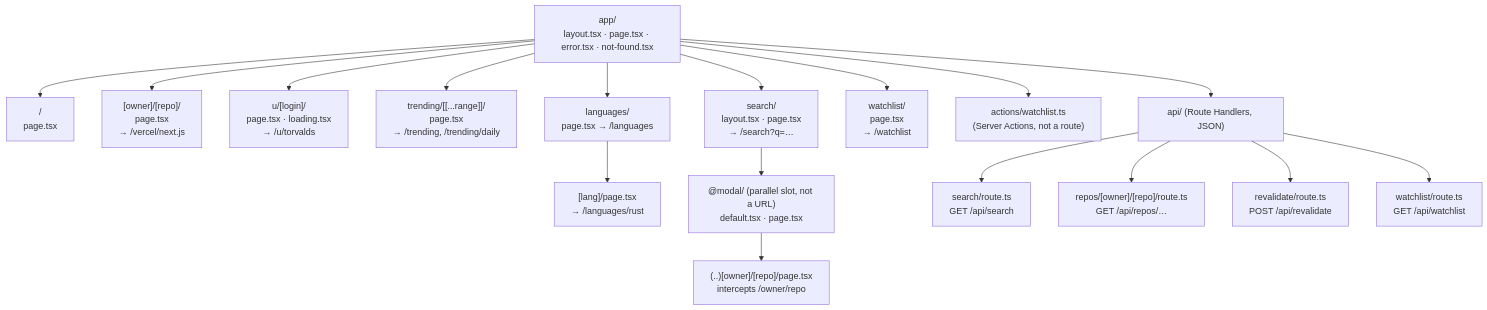
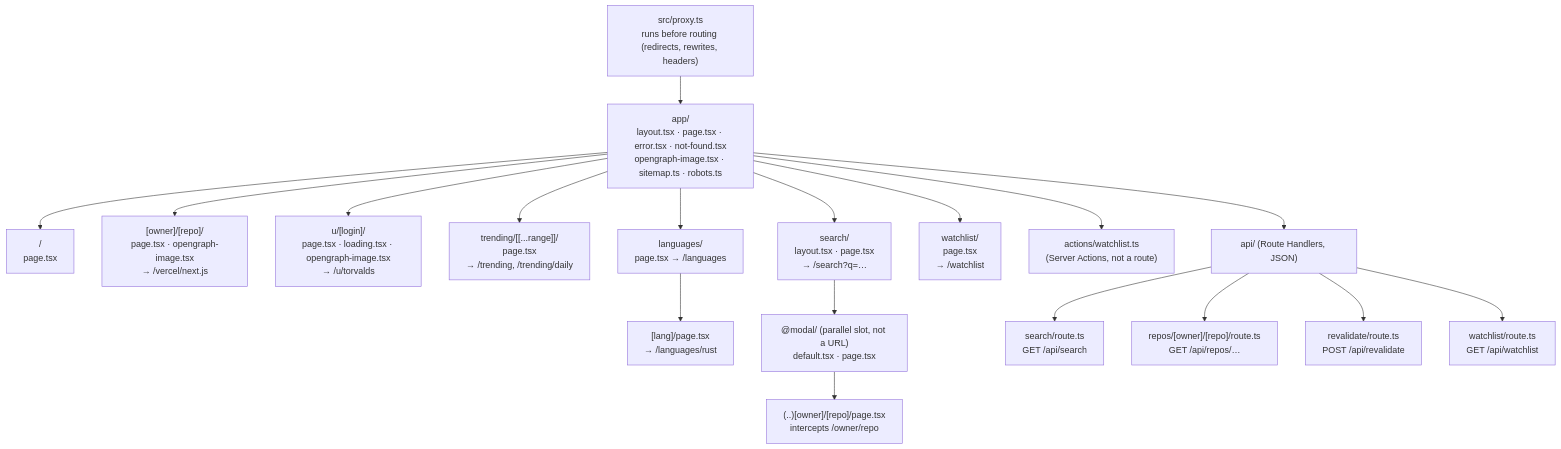
Before and after one commit to tarnishedMind/RepoRadar: the third of 15 diagrams in docs/ARCHITECTURE.md, drawn with Mermaid. The commit also changed other lines of this file and 16 other files, not shown here.

First line of the commit message:
M6: add proxy redirects, OG images, sitemap and robots

````diff
--- a/docs/ARCHITECTURE.md
+++ b/docs/ARCHITECTURE.md
@@ -80,20 +81,22 @@
 ```mermaid
 flowchart TD
-  root["app/<br/>layout.tsx · page.tsx · error.tsx · not-found.tsx"]
+  proxy["src/proxy.ts<br/>runs before routing (redirects, rewrites, headers)"]
+  proxy --> root
+  root["app/<br/>layout.tsx · page.tsx · error.tsx · not-found.tsx<br/>opengraph-image.tsx · sitemap.ts · robots.ts"]
   root --> home["/ <br/>page.tsx"]
-  root --> repo["[owner]/[repo]/<br/>page.tsx<br/>→ /vercel/next.js"]
-  root --> user["u/[login]/<br/>page.tsx · loading.tsx<br/>→ /u/torvalds"]
+  root --> repo["[owner]/[repo]/<br/>page.tsx · opengraph-image.tsx<br/>→ /vercel/next.js"]
+  root --> user["u/[login]/<br/>page.tsx · loading.tsx · opengraph-image.tsx<br/>→ /u/torvalds"]
   root --> trending["trending/[[...range]]/<br/>page.tsx<br/>→ /trending, /trending/daily"]
   root --> langs["languages/<br/>page.tsx → /languages"]
   langs --> lang["[lang]/page.tsx<br/>→ /languages/rust"]
   root --> search["search/<br/>layout.tsx · page.tsx<br/>→ /search?q=…"]
   search --> modal["@modal/ (parallel slot, not a URL)<br/>default.tsx · page.tsx"]
   modal --> intercept["(..)[owner]/[repo]/page.tsx<br/>intercepts /owner/repo"]
   root --> watch["watchlist/<br/>page.tsx<br/>→ /watchlist"]
   root --> actions["actions/watchlist.ts<br/>(Server Actions, not a route)"]
   root --> api["api/ (Route Handlers, JSON)"]
   api --> apiSearch["search/route.ts<br/>GET /api/search"]
   api --> apiRepo["repos/[owner]/[repo]/route.ts<br/>GET /api/repos/…"]
   api --> apiReval["revalidate/route.ts<br/>POST /api/revalidate"]
   api --> apiWatch["watchlist/route.ts<br/>GET /api/watchlist"]
 ```
````
